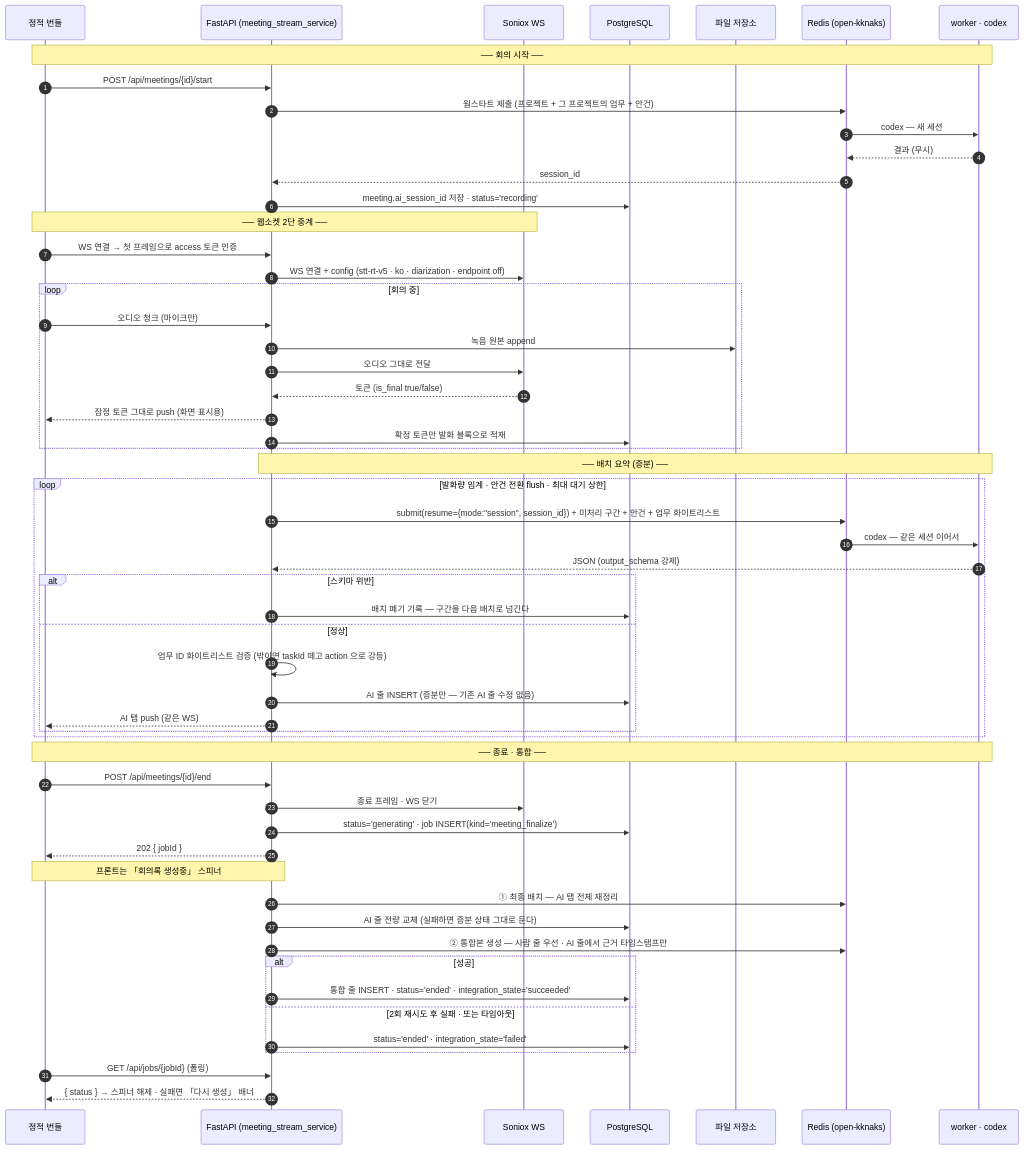
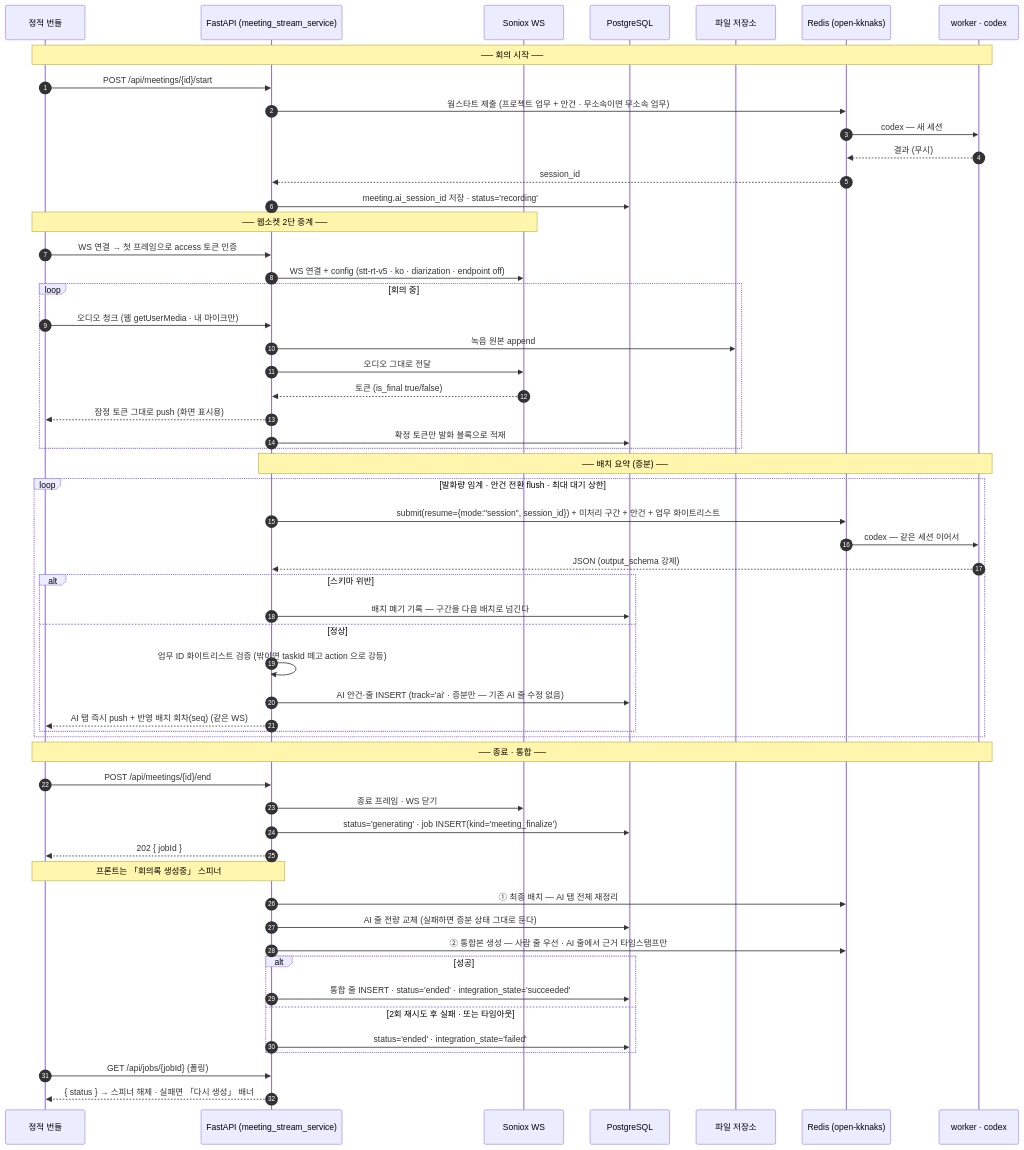
The fourth of 4 diagrams in para/projects/summer-star/task-management/40-architecture/system/README.md (kknaks/kknaks_profile), drawn with Mermaid before and after one commit. The commit also changed other lines of this file and 8 other files, not shown here.

````diff
--- a/para/projects/summer-star/task-management/40-architecture/system/README.md
+++ b/para/projects/summer-star/task-management/40-architecture/system/README.md
@@ -197,62 +208,62 @@
 ```mermaid
 sequenceDiagram
   autonumber
   participant W as 정적 번들
   participant A as FastAPI (meeting_stream_service)
   participant X as Soniox WS
   participant D as PostgreSQL
   participant F as 파일 저장소
   participant Q as Redis (open-kknaks)
   participant C as worker · codex
 
   Note over W,C: ── 회의 시작 ──
   W->>A: POST /api/meetings/{id}/start
-  A->>Q: 웜스타트 제출 (프로젝트 + 그 프로젝트의 업무 + 안건)
+  A->>Q: 웜스타트 제출 (프로젝트 업무 + 안건 · 무소속이면 무소속 업무)
   Q->>C: codex — 새 세션
   C-->>Q: 결과 (무시)
   Q-->>A: session_id
   A->>D: meeting.ai_session_id 저장 · status='recording'
 
   Note over W,X: ── 웹소켓 2단 중계 ──
   W->>A: WS 연결 → 첫 프레임으로 access 토큰 인증
   A->>X: WS 연결 + config (stt-rt-v5 · ko · diarization · endpoint off)
   loop 회의 중
-    W->>A: 오디오 청크 (마이크만)
+    W->>A: 오디오 청크 (웹 getUserMedia · 내 마이크만)
     A->>F: 녹음 원본 append
     A->>X: 오디오 그대로 전달
     X-->>A: 토큰 (is_final true/false)
     A-->>W: 잠정 토큰 그대로 push (화면 표시용)
     A->>D: 확정 토큰만 발화 블록으로 적재
   end
 
   Note over A,C: ── 배치 요약 (증분) ──
   loop 발화량 임계 · 안건 전환 flush · 최대 대기 상한
     A->>Q: submit(resume={mode:"session", session_id}) + 미처리 구간 + 안건 + 업무 화이트리스트
     Q->>C: codex — 같은 세션 이어서
     C-->>A: JSON (output_schema 강제)
     alt 스키마 위반
       A->>D: 배치 폐기 기록 — 구간을 다음 배치로 넘긴다
     else 정상
       A->>A: 업무 ID 화이트리스트 검증 (밖이면 taskId 떼고 action 으로 강등)
-      A->>D: AI 줄 INSERT (증분만 — 기존 AI 줄 수정 없음)
-      A-->>W: AI 탭 push (같은 WS)
+      A->>D: AI 안건·줄 INSERT (track='ai' · 증분만 — 기존 AI 줄 수정 없음)
+      A-->>W: AI 탭 즉시 push + 반영 배치 회차(seq) (같은 WS)
     end
   end
 
   Note over W,C: ── 종료 · 통합 ──
   W->>A: POST /api/meetings/{id}/end
   A->>X: 종료 프레임 · WS 닫기
   A->>D: status='generating' · job INSERT(kind='meeting_finalize')
   A-->>W: 202 { jobId }
   Note over A,W: 프론트는 「회의록 생성중」 스피너
   A->>Q: ① 최종 배치 — AI 탭 전체 재정리
   A->>D: AI 줄 전량 교체 (실패하면 증분 상태 그대로 둔다)
   A->>Q: ② 통합본 생성 — 사람 줄 우선 · AI 줄에서 근거 타임스탬프만
   alt 성공
     A->>D: 통합 줄 INSERT · status='ended' · integration_state='succeeded'
   else 2회 재시도 후 실패 · 또는 타임아웃
     A->>D: status='ended' · integration_state='failed'
   end
   W->>A: GET /api/jobs/{jobId} (폴링)
   A-->>W: { status } → 스피너 해제 · 실패면 「다시 생성」 배너
 ```
````
